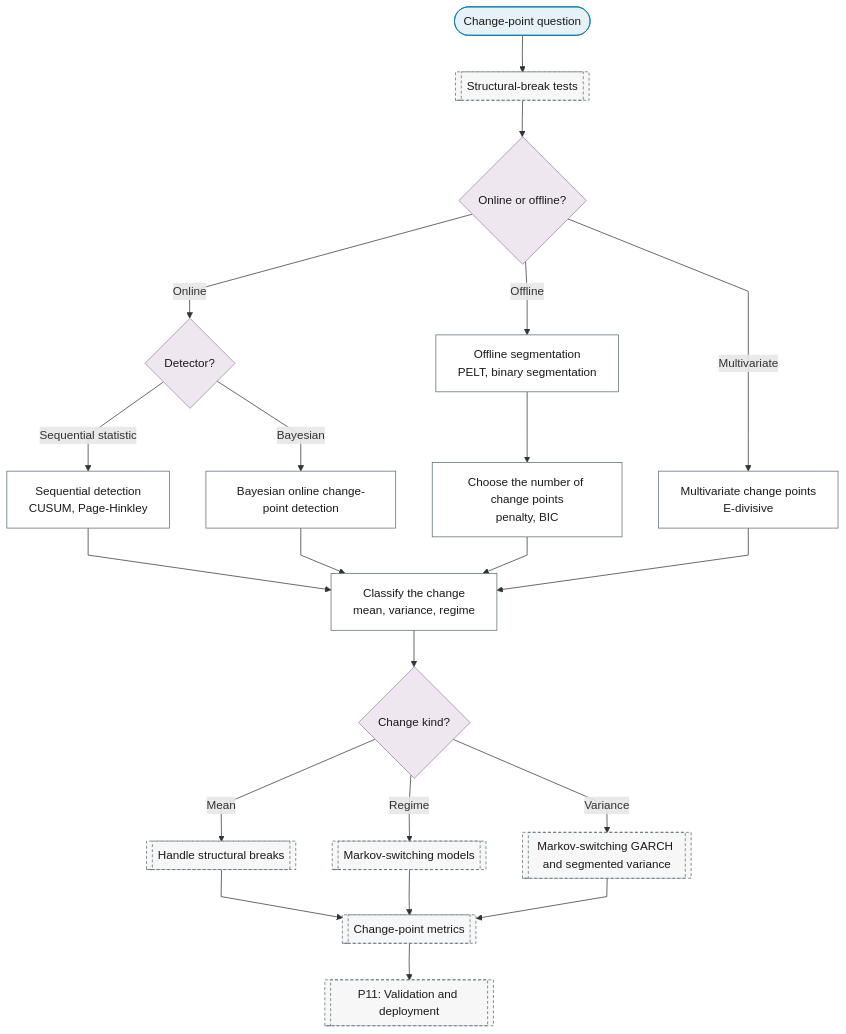
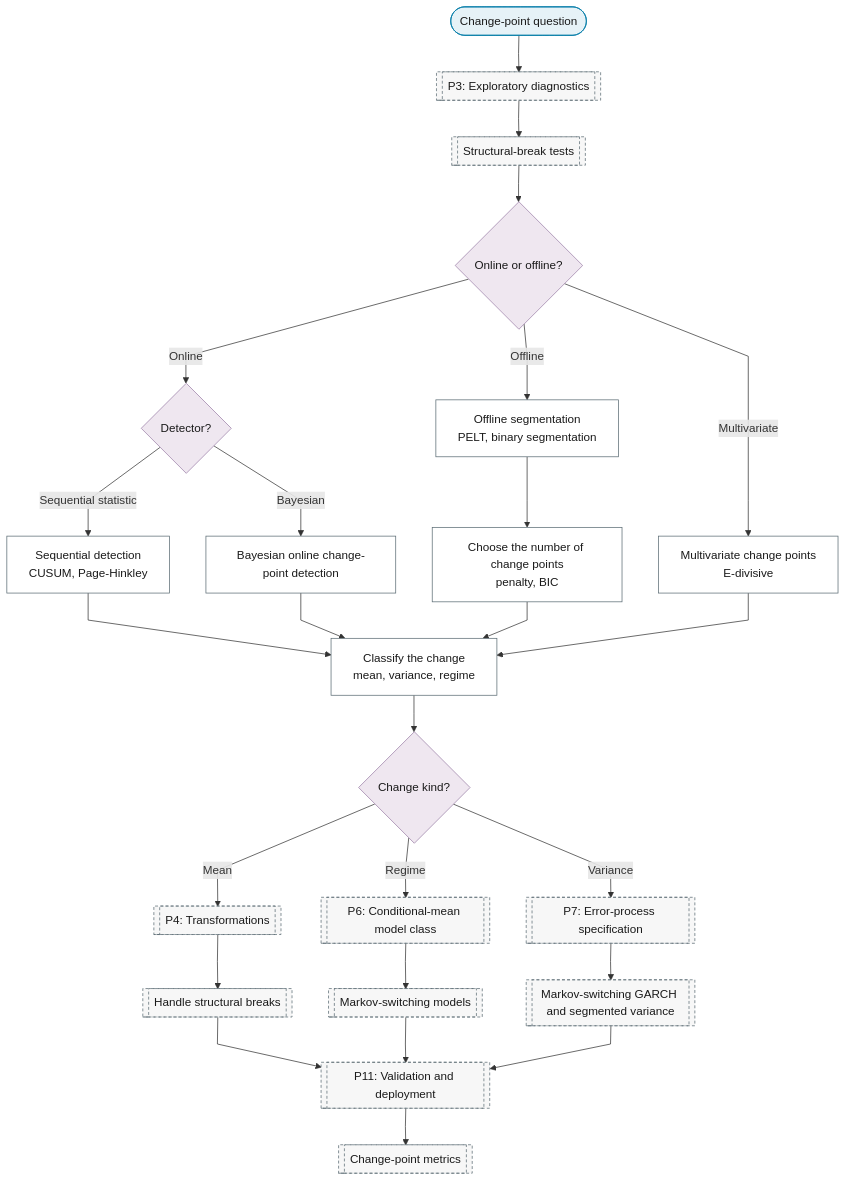
Before and after one commit to Shuxin-Y/time-series-analysis-manual: the diagram in docs/01-workflow/p02-purpose/04-change-point-detection.md, drawn with Mermaid. The commit also changed 12 other files, not shown here.

First line of the commit message:
fix(flowchart): purpose charts index the spine in phase order (rev1 M3)

````diff
--- a/docs/01-workflow/p02-purpose/04-change-point-detection.md
+++ b/docs/01-workflow/p02-purpose/04-change-point-detection.md
@@ -7,31 +7,35 @@
 ```mermaid
 %%{init: {"flowchart": {"curve": "linear"}}}%%
 graph TD
-    P2_CP_IN(["Change-point question"]) --> P3_STRUCTURAL_BREAKS[["Structural-break tests"]]
+    P2_CP_IN(["Change-point question"]) --> P3[["P3: Exploratory diagnostics"]]
+    P3 --> P3_STRUCTURAL_BREAKS[["Structural-break tests"]]
     P3_STRUCTURAL_BREAKS --> P2_CP_MODE{"Online or offline?"}
     P2_CP_MODE -->|"Online"| P2_CP_ONLINE{"Detector?"}
     P2_CP_MODE -->|"Offline"| P2_CP_PELT["Offline segmentation<br/>PELT, binary segmentation"]
     P2_CP_MODE -->|"Multivariate"| P2_CP_MULTIVARIATE["Multivariate change points<br/>E-divisive"]
     P2_CP_ONLINE -->|"Sequential statistic"| P2_CP_CUSUM["Sequential detection<br/>CUSUM, Page-Hinkley"]
     P2_CP_ONLINE -->|"Bayesian"| P2_CP_BOCPD["Bayesian online change-point detection"]
     P2_CP_PELT --> P2_CP_PENALTY["Choose the number of change points<br/>penalty, BIC"]
     P2_CP_CUSUM & P2_CP_BOCPD & P2_CP_PENALTY & P2_CP_MULTIVARIATE --> P2_CP_TYPE["Classify the change<br/>mean, variance, regime"]
     P2_CP_TYPE --> P2_CP_KIND{"Change kind?"}
-    P2_CP_KIND -->|"Mean"| P4_BREAK_HANDLING[["Handle structural breaks"]]
-    P2_CP_KIND -->|"Regime"| P6_MARKOV_SWITCHING[["Markov-switching models"]]
-    P2_CP_KIND -->|"Variance"| P7_MS_GARCH[["Markov-switching GARCH and segmented variance"]]
-    P4_BREAK_HANDLING & P6_MARKOV_SWITCHING & P7_MS_GARCH --> P11_CHANGE_POINT_METRICS[["Change-point metrics"]]
-    P11_CHANGE_POINT_METRICS --> P11[["P11: Validation and deployment"]]
+    P2_CP_KIND -->|"Mean"| P4[["P4: Transformations"]]
+    P2_CP_KIND -->|"Regime"| P6[["P6: Conditional-mean model class"]]
+    P2_CP_KIND -->|"Variance"| P7[["P7: Error-process specification"]]
+    P4 --> P4_BREAK_HANDLING[["Handle structural breaks"]]
+    P6 --> P6_MARKOV_SWITCHING[["Markov-switching models"]]
+    P7 --> P7_MS_GARCH[["Markov-switching GARCH and segmented variance"]]
+    P4_BREAK_HANDLING & P6_MARKOV_SWITCHING & P7_MS_GARCH --> P11[["P11: Validation and deployment"]]
+    P11 --> P11_CHANGE_POINT_METRICS[["Change-point metrics"]]
     class P2_CP_IN terminator
     class P2_CP_MODE,P2_CP_ONLINE,P2_CP_KIND decision
     class P2_CP_PELT,P2_CP_MULTIVARIATE,P2_CP_CUSUM,P2_CP_BOCPD,P2_CP_PENALTY,P2_CP_TYPE process
-    class P3_STRUCTURAL_BREAKS,P4_BREAK_HANDLING,P6_MARKOV_SWITCHING,P7_MS_GARCH,P11_CHANGE_POINT_METRICS,P11 ref
+    class P3,P3_STRUCTURAL_BREAKS,P4,P6,P7,P4_BREAK_HANDLING,P6_MARKOV_SWITCHING,P7_MS_GARCH,P11,P11_CHANGE_POINT_METRICS ref
     classDef terminator fill:#E6F2F7,stroke:#007BA7,color:#1A1A1A;
     classDef process fill:#FFFFFF,stroke:#5A6B73,color:#1A1A1A;
     classDef decision fill:#EFE7F0,stroke:#9B7FA7,color:#1A1A1A;
     classDef data fill:#FFF4E0,stroke:#C9A55E,color:#1A1A1A;
     classDef good fill:#DCEFD8,stroke:#4A7A3F,color:#1A1A1A;
     classDef escalate fill:#FFE9C2,stroke:#C9A55E,color:#1A1A1A;
     classDef problem fill:#F2D9DE,stroke:#800020,color:#1A1A1A;
     classDef ref fill:#F7F7F7,stroke:#5A6B73,color:#1A1A1A,stroke-dasharray:4 3;
 ```
````
